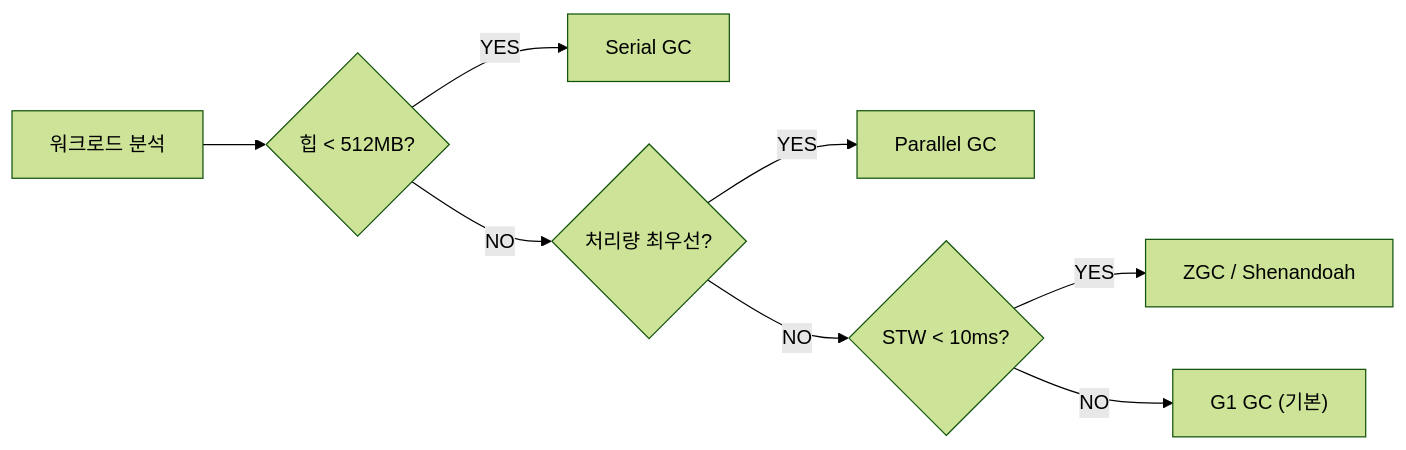
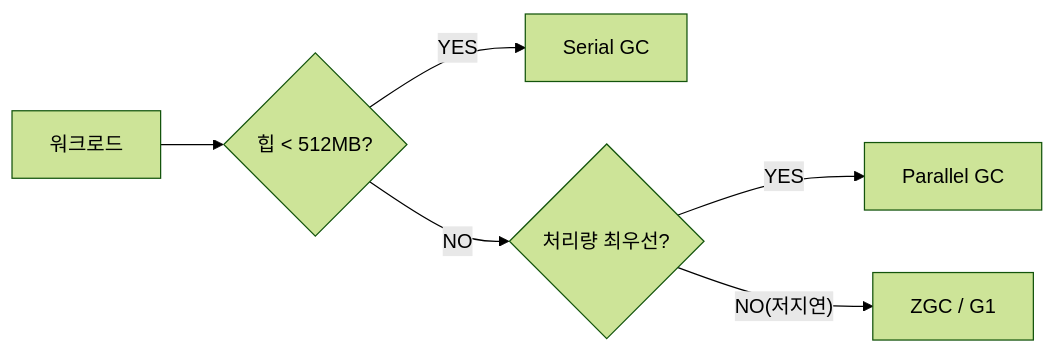
One commit to yjkim2015/yjkim2015.github.io changed the eighth of 9 diagrams in _posts/java/2026-05-01-java-garbage-collector.md. Above: the diagram before and after it, drawn with Mermaid (forest theme). The commit also changed other lines of this file and 245 other files, not shown here.

First line of the commit message:
Mermaid 다이어그램 전면 수정 + 면접 포인트 접기/펼치기 + DB 데드락 페이지

````diff
--- a/_posts/java/2026-05-01-java-garbage-collector.md
+++ b/_posts/java/2026-05-01-java-garbage-collector.md
@@ -1163,10 +1161,8 @@
 ```mermaid
 graph LR
-    START["워크로드 분석"] --> Q1{"힙 < 512MB?"}
-    Q1 -->|YES| SERIAL["Serial GC"]
-    Q1 -->|NO| Q2{"처리량 최우선?"}
-    Q2 -->|YES| PARALLEL["Parallel GC"]
-    Q2 -->|NO| Q3{"STW < 10ms?"}
-    Q3 -->|YES| ZGC["ZGC / Shenandoah"]
-    Q3 -->|NO| G1["G1 GC (기본)"]
+    START["워크로드"] --> Q1{"힙 < 512MB?"}
+    Q1 -->|"YES"| SERIAL["Serial GC"]
+    Q1 -->|"NO"| Q2{"처리량 최우선?"}
+    Q2 -->|"YES"| PARALLEL["Parallel GC"]
+    Q2 -->|"NO(저지연)"| ZGC["ZGC / G1"]
 ```
````
